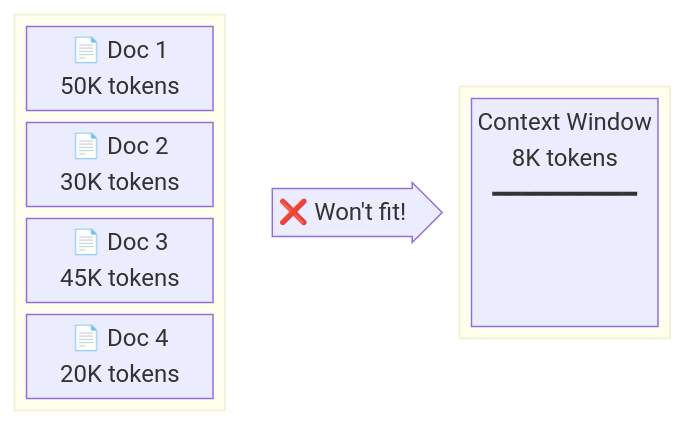
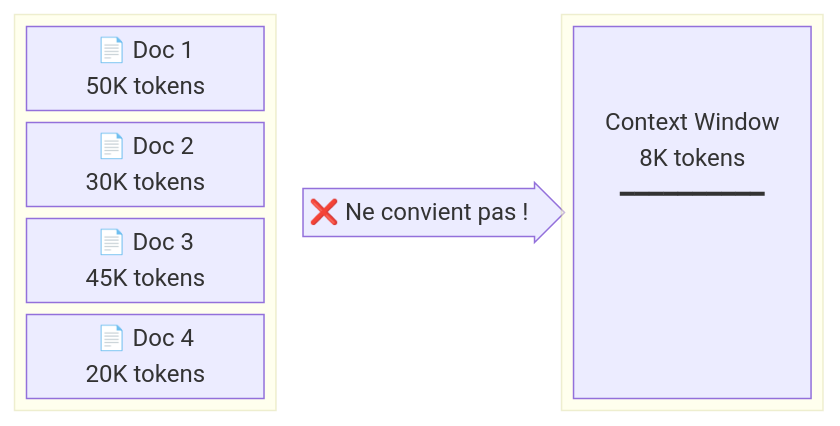
One commit to kousen/ragdemo changed the first of 8 diagrams in diagrams/context-window-diagrams.md. Above: the diagram before and after it, drawn with Mermaid.

Commit message:
change windo fit

````diff
--- a/diagrams/context-window-diagrams.md
+++ b/diagrams/context-window-diagrams.md
@@ -18,19 +18,19 @@
 ```mermaid
 block-beta
     columns 3
 
     block:docs:1
         columns 1
         A["📄 Doc 1<br/>50K tokens"]
         B["📄 Doc 2<br/>30K tokens"]
         C["📄 Doc 3<br/>45K tokens"]
         D["📄 Doc 4<br/>20K tokens"]
     end
 
-    arrow1<["❌ Won't fit!"]>(right)
+    arrow1<["❌ Ne convient pas !"]>(right)
 
     block:window:1
         columns 1
         W["Context Window<br/>8K tokens<br/>━━━━━━━━━━<br/><br/><br/><br/>"]
     end
 ```
````
